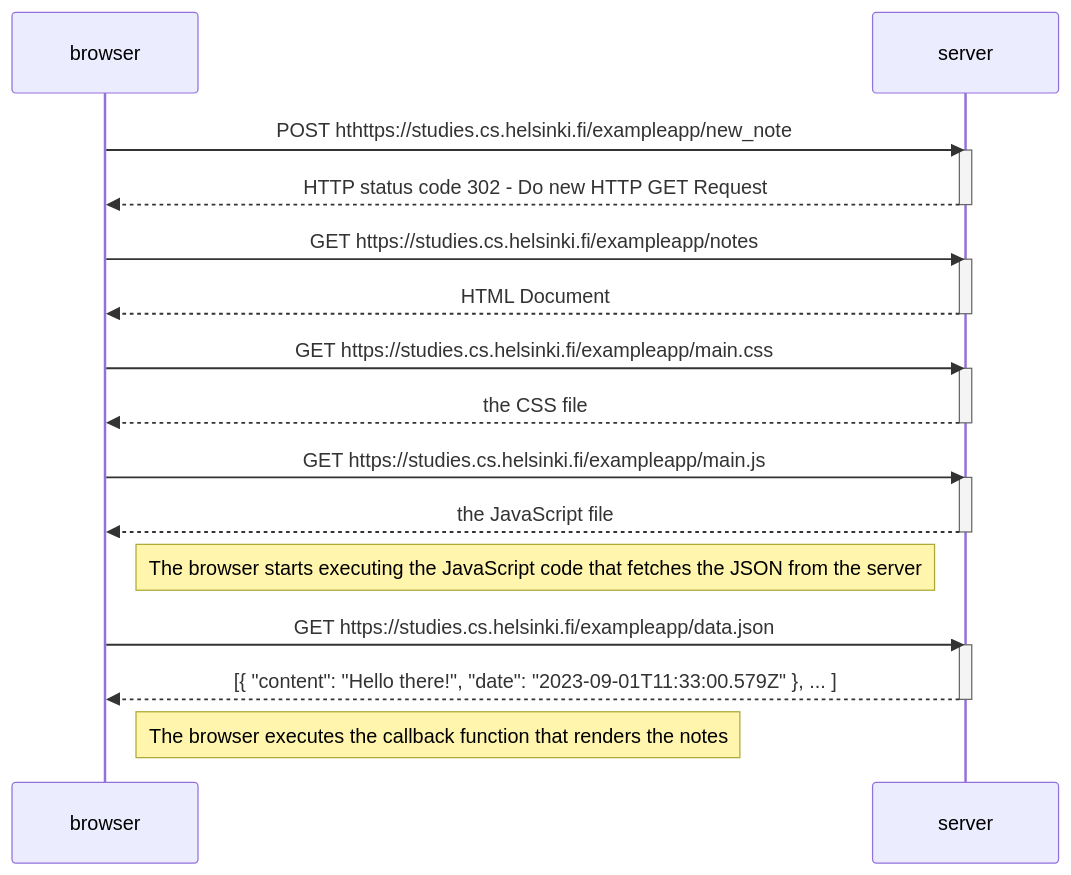
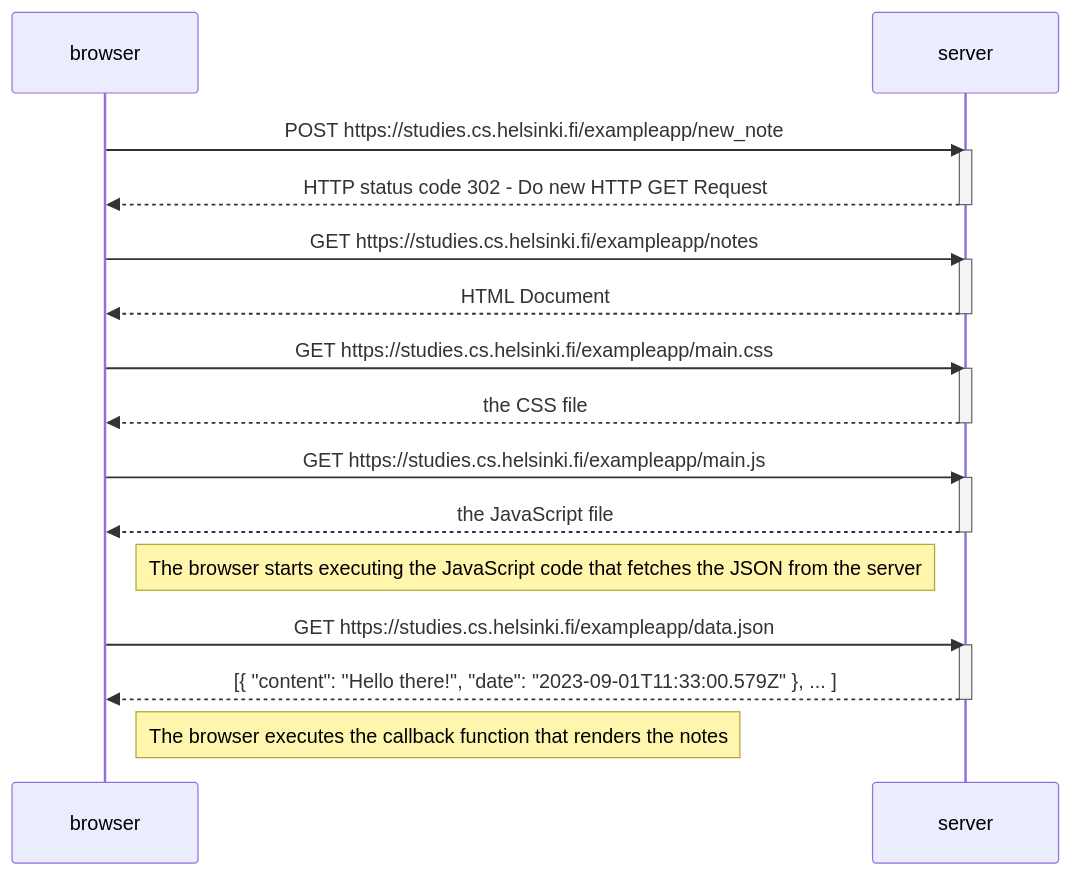
Before and after one commit to ZahinFuad/Fullstack: the diagram in part0/new_note_diagram.md, drawn with Mermaid.

Commit message:
Fix Typo in POST

````diff
--- a/part0/new_note_diagram.md
+++ b/part0/new_note_diagram.md
@@ -1,34 +1,34 @@
 ```mermaid
 sequenceDiagram
     participant browser
     participant server
 
-    browser->>server: POST hthttps://studies.cs.helsinki.fi/exampleapp/new_note
+    browser->>server: POST https://studies.cs.helsinki.fi/exampleapp/new_note
     activate server
     server-->>browser: HTTP status code 302 - Do new HTTP GET Request
     deactivate server
 
     browser->>server: GET https://studies.cs.helsinki.fi/exampleapp/notes
     activate server
     server-->>browser: HTML Document
     deactivate server
 
     browser->>server: GET https://studies.cs.helsinki.fi/exampleapp/main.css
     activate server
     server-->>browser: the CSS file
     deactivate server
 
     browser->>server: GET https://studies.cs.helsinki.fi/exampleapp/main.js
     activate server
     server-->>browser: the JavaScript file
     deactivate server
 
     Note right of browser: The browser starts executing the JavaScript code that fetches the JSON from the server
 
     browser->>server: GET https://studies.cs.helsinki.fi/exampleapp/data.json
     activate server
     server-->>browser: [{ "content": "Hello there!", "date": "2023-09-01T11:33:00.579Z" }, ... ]
     deactivate server
 
     Note right of browser: The browser executes the callback function that renders the notes
 ```
````
